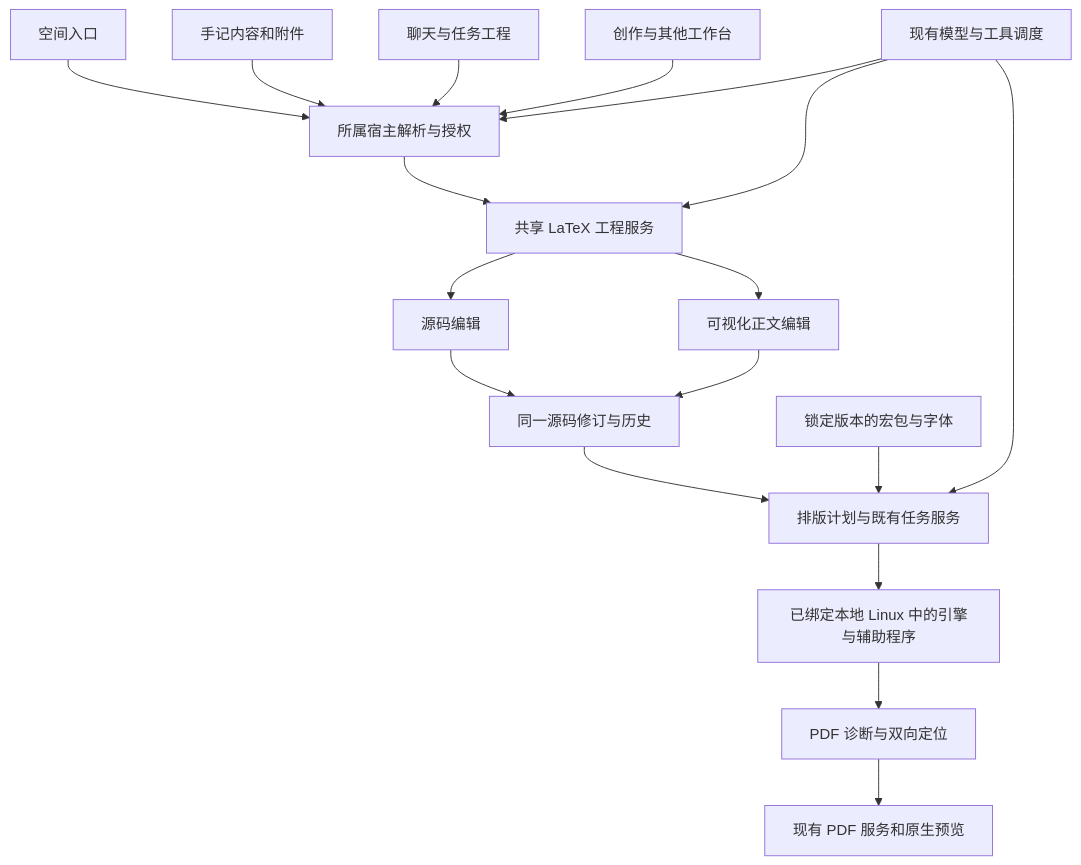
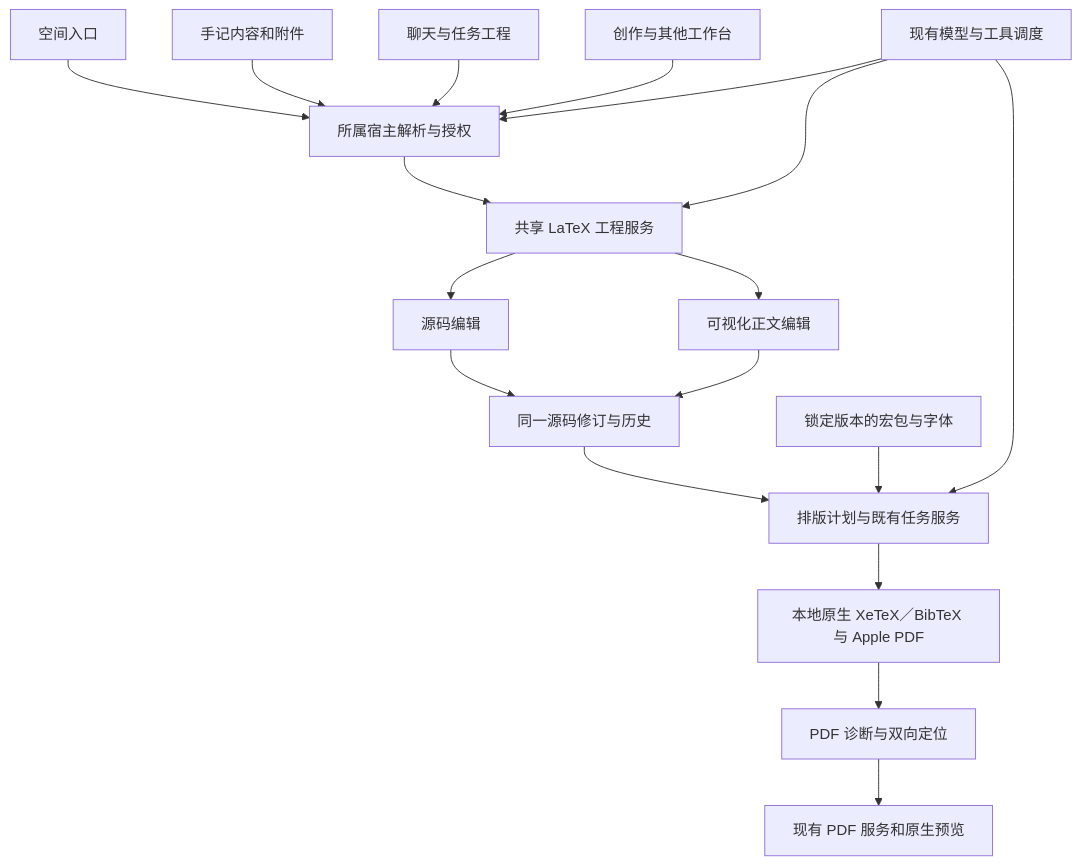
Before and after one commit to JiangNanGenius/floe-agent: the diagram in docs/FLOE_LATEX_PREDEVELOPMENT_PLAN.zh-CN.md, drawn with Mermaid. The commit also changed other lines of this file and 2020 other files, not shown here.

````diff
--- a/docs/FLOE_LATEX_PREDEVELOPMENT_PLAN.zh-CN.md
+++ b/docs/FLOE_LATEX_PREDEVELOPMENT_PLAN.zh-CN.md
@@ -42,20 +42,20 @@
 ```mermaid
 flowchart TB
     Space[空间入口] --> Host[所属宿主解析与授权]
     Notes[手记内容和附件] --> Host
     Task[聊天与任务工程] --> Host
     Creative[创作与其他工作台] --> Host
     Host --> Project[共享 LaTeX 工程服务]
     Project --> Source[源码编辑]
     Project --> Visual[可视化正文编辑]
     Source --> Revision[同一源码修订与历史]
     Visual --> Revision
     Revision --> Build[排版计划与既有任务服务]
     Resources[锁定版本的宏包与字体] --> Build
-    Build --> Engines[已绑定本地 Linux 中的引擎与辅助程序]
+    Build --> Engines[本地原生 XeTeX／BibTeX 与 Apple PDF]
     Engines --> Result[PDF 诊断与双向定位]
     Result --> Preview[现有 PDF 服务和原生预览]
     AI[现有模型与工具调度] --> Host
     AI --> Project
     AI --> Build
 ```
````
